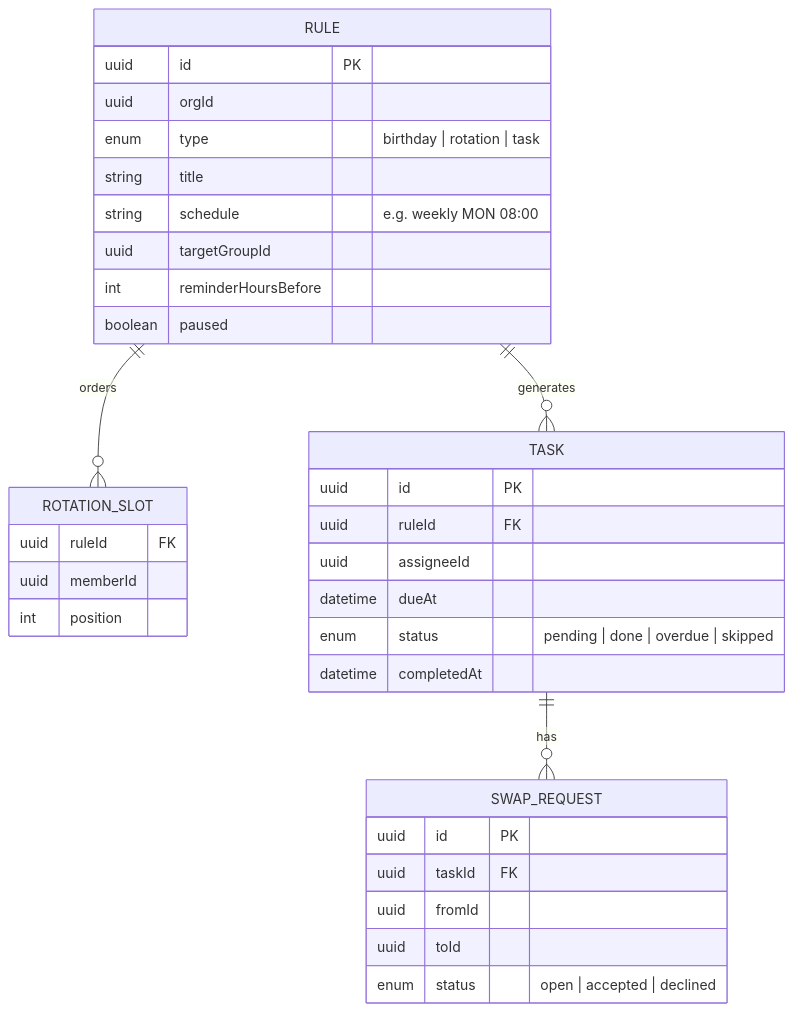
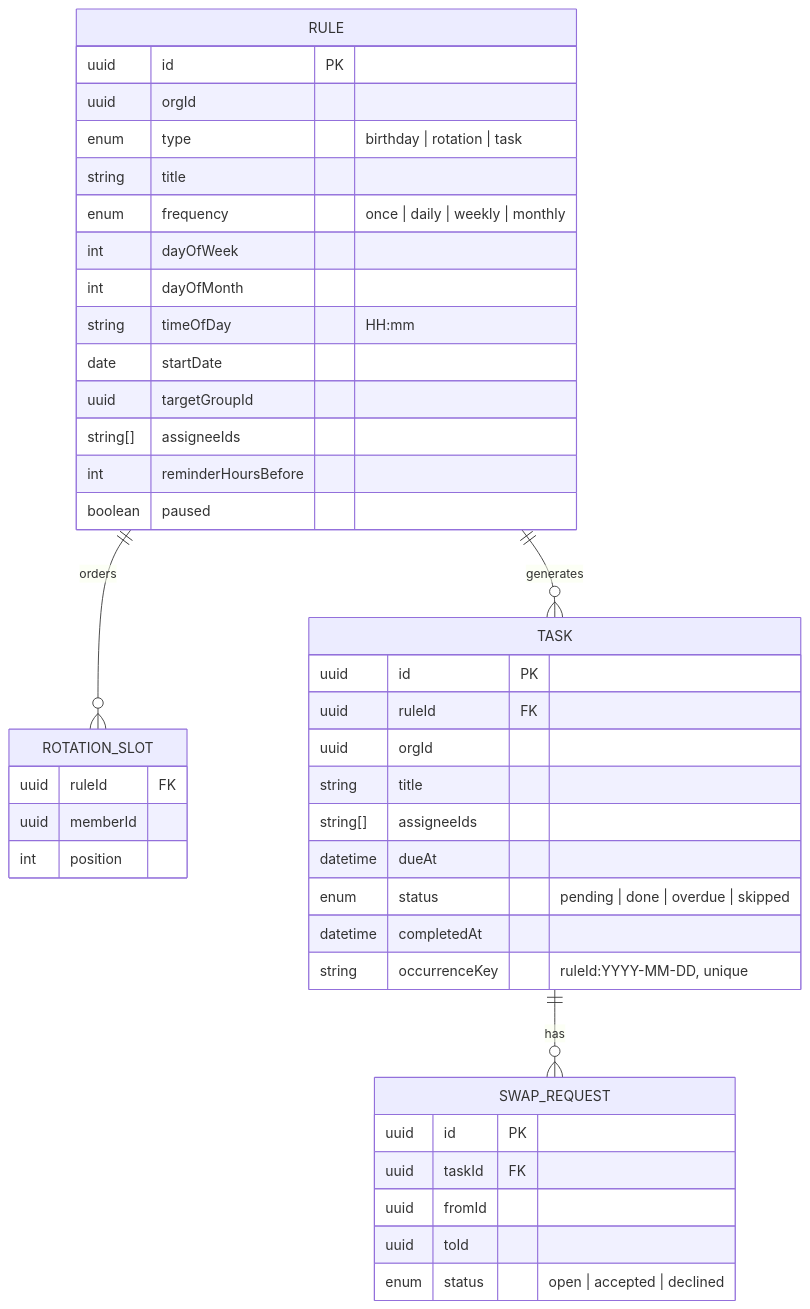
Before and after one commit to Vivianmurathimi/orgpulse: the eighth of 11 diagrams in docs/architecture.md, drawn with Mermaid. The commit also changed other lines of this file and 5 other files, not shown here.

````diff
--- a/docs/architecture.md
+++ b/docs/architecture.md
@@ -265,37 +271,45 @@
 ```mermaid
 erDiagram
     RULE ||--o{ ROTATION_SLOT : orders
     RULE ||--o{ TASK : generates
     TASK ||--o{ SWAP_REQUEST : has
 
     RULE {
         uuid id PK
         uuid orgId
         enum type "birthday | rotation | task"
         string title
-        string schedule "e.g. weekly MON 08:00"
+        enum frequency "once | daily | weekly | monthly"
+        int dayOfWeek
+        int dayOfMonth
+        string timeOfDay "HH:mm"
+        date startDate
         uuid targetGroupId
+        string[] assigneeIds
         int reminderHoursBefore
         boolean paused
     }
     ROTATION_SLOT {
         uuid ruleId FK
         uuid memberId
         int position
     }
     TASK {
         uuid id PK
         uuid ruleId FK
-        uuid assigneeId
+        uuid orgId
+        string title
+        string[] assigneeIds
         datetime dueAt
         enum status "pending | done | overdue | skipped"
         datetime completedAt
+        string occurrenceKey "ruleId:YYYY-MM-DD, unique"
     }
     SWAP_REQUEST {
         uuid id PK
         uuid taskId FK
         uuid fromId
         uuid toId
         enum status "open | accepted | declined"
     }
 ```
````
